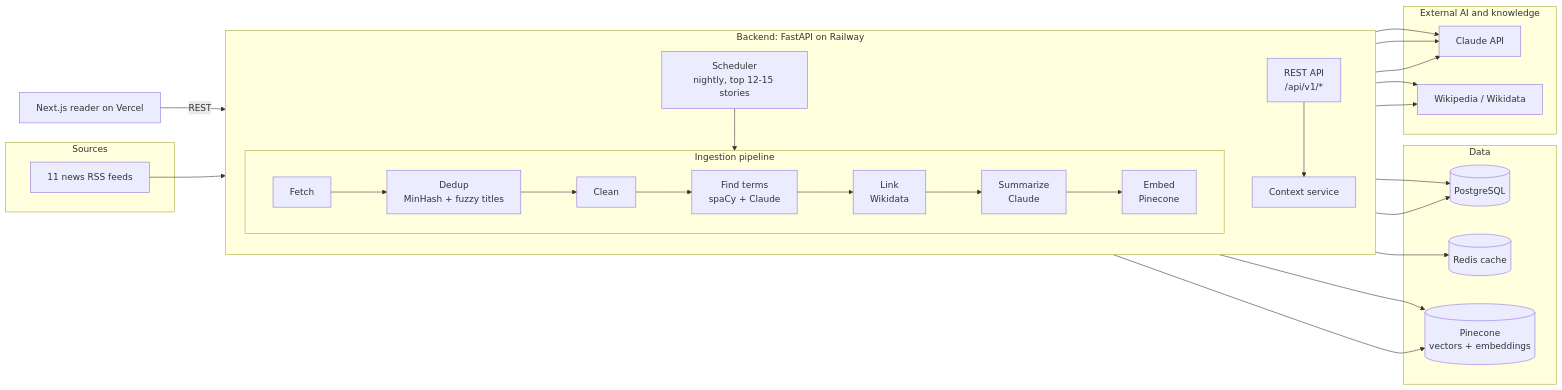
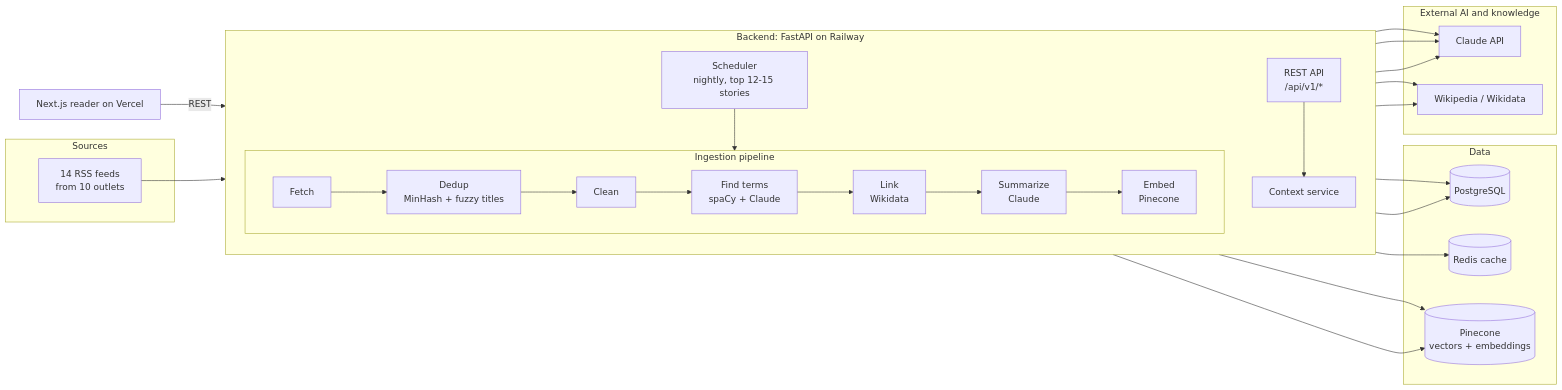
One commit to juyal-devashish/Sama4 changed the diagram in README.md. Above: the diagram before and after it, drawn with Mermaid. The commit also changed other lines of this file, not shown here.

Commit message:
docs(readme): correct the feed count and the test count
The ingestion diagram said 11 news feeds; backend/app/ingestion/sources.py
lists 14 RSS feeds from 10 outlets. The quality row said 80+ tests; the
suites now hold 268 backend and 124 frontend tests.

````diff
--- a/README.md
+++ b/README.md
@@ -41,37 +41,37 @@
 ```mermaid
 flowchart LR
     subgraph Sources
-        RSS[11 news RSS feeds]
+        RSS[14 RSS feeds<br/>from 10 outlets]
     end
 
     subgraph Backend["Backend: FastAPI on Railway"]
         direction TB
         SCHED[Scheduler<br/>nightly, top 12-15 stories] --> PIPE
         subgraph PIPE[Ingestion pipeline]
             direction LR
             F[Fetch] --> D[Dedup<br/>MinHash + fuzzy titles] --> C[Clean] --> N[Find terms<br/>spaCy + Claude] --> L[Link<br/>Wikidata] --> S[Summarize<br/>Claude] --> E[Embed<br/>Pinecone]
         end
         API[REST API<br/>/api/v1/*] --> SVC[Context service]
     end
 
     subgraph Data
         PG[(PostgreSQL)]
         RD[(Redis cache)]
         PC[(Pinecone<br/>vectors + embeddings)]
     end
 
     subgraph AI["External AI and knowledge"]
         CL[Claude API]
         WK[Wikipedia / Wikidata]
     end
 
     WEB[Next.js reader on Vercel] -->|REST| API
     RSS --> F
     PIPE --> PG
     E --> PC
     SVC --> RD
     SVC --> PG
     SVC --> PC
     N & S & SVC --> CL
     L & SVC --> WK
 ```
````
